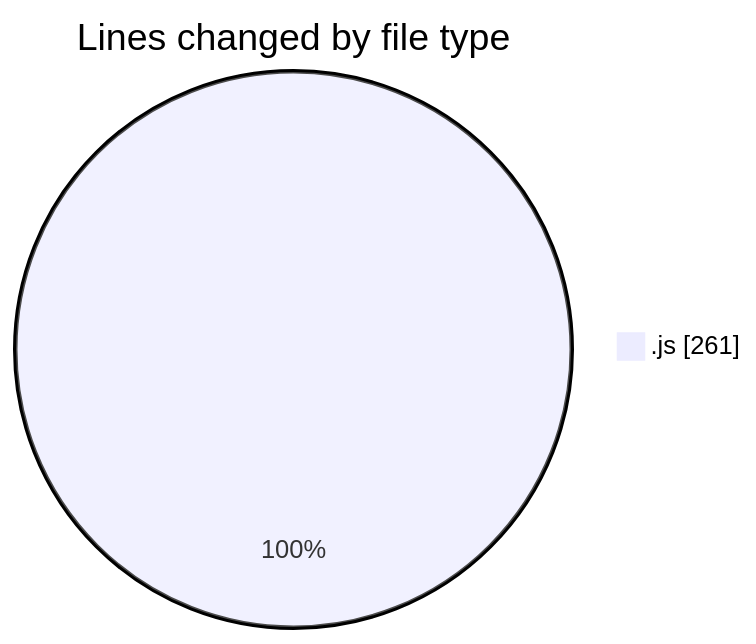
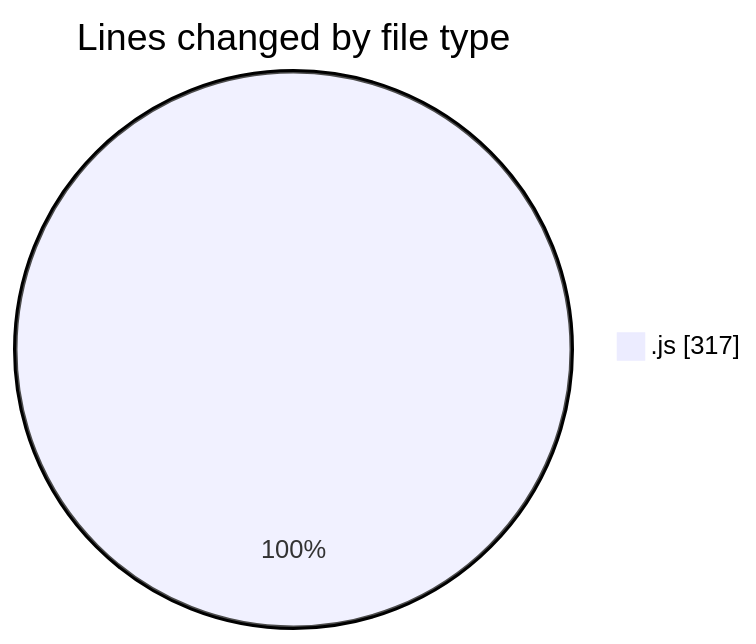
One commit to Ritupan-Deka/code-tracking changed the first of 2 diagrams in 2025-07-22/javascript/README.md. Above: the diagram before and after it, drawn with Mermaid. The commit also changed other lines of this file and 1 other file, not shown here.

````diff
--- a/2025-07-22/javascript/README.md
+++ b/2025-07-22/javascript/README.md
@@ -21,5 +21,5 @@
 ```mermaid
 pie showData
 title Lines changed by file type
-".js" : 261
+".js" : 317
 ```
````
